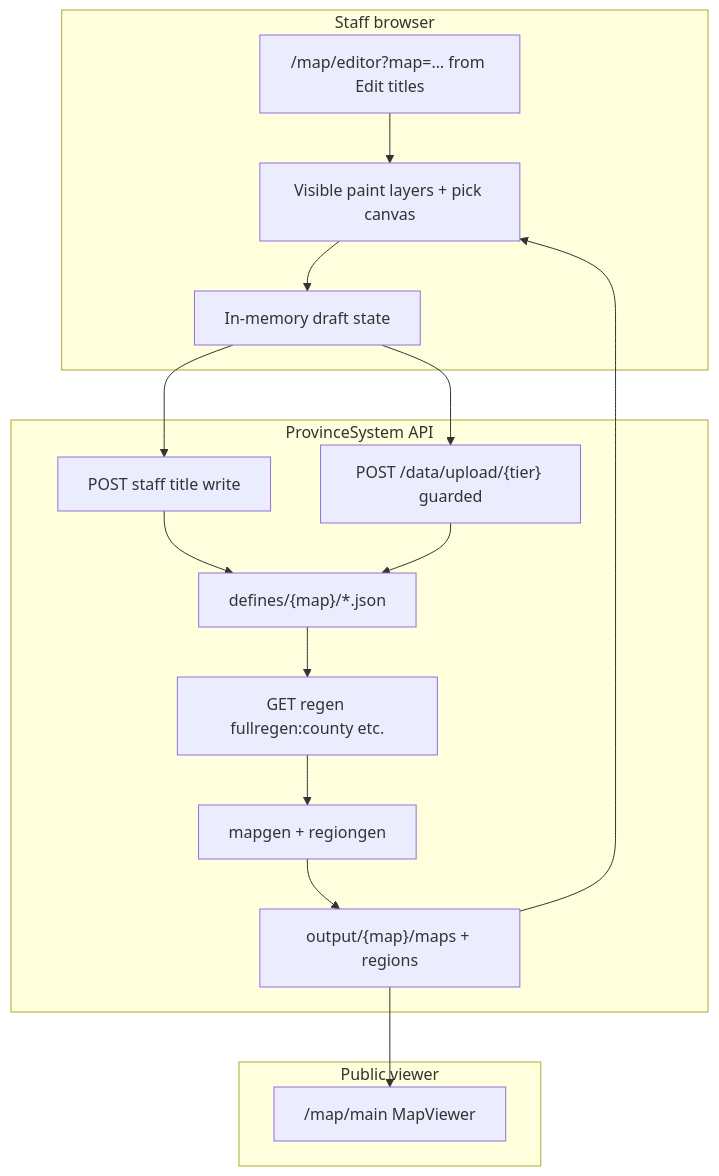
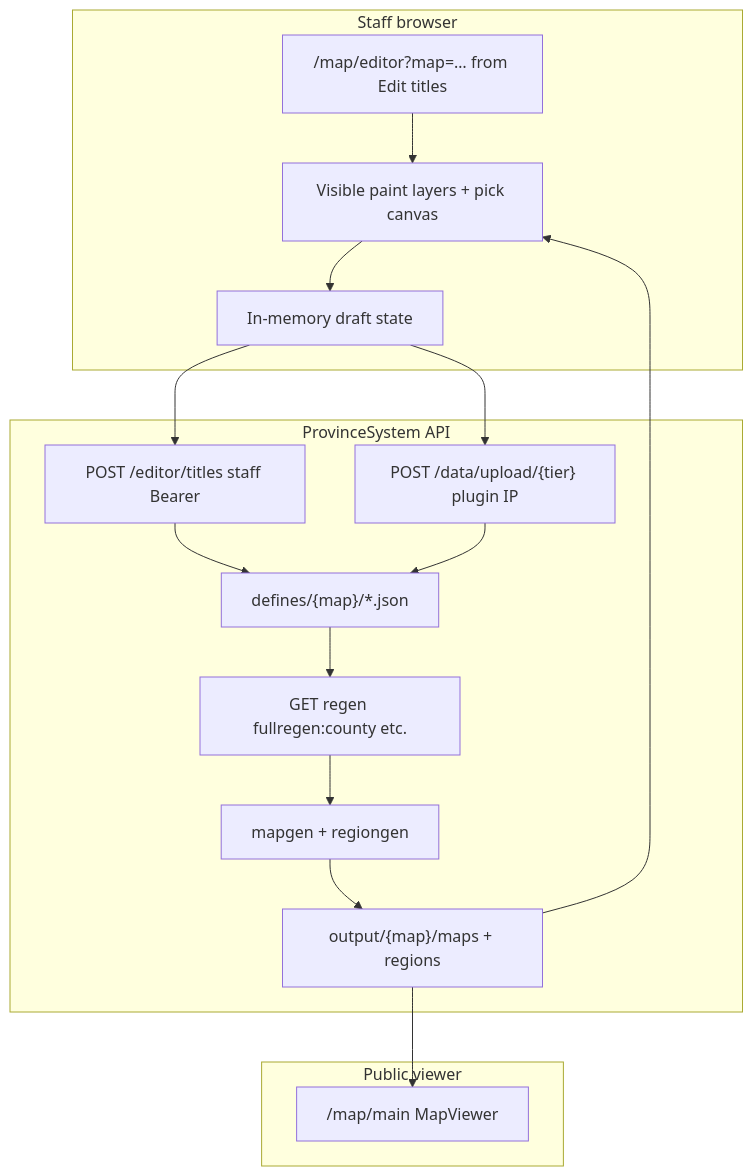
One commit to Drefvelin/ProvinceSystem changed the diagram in docs/map/title-editor.md. Above: the diagram before and after it, drawn with Mermaid. The commit also changed other lines of this file and 18 other files, not shown here.

````diff
--- a/docs/map/title-editor.md
+++ b/docs/map/title-editor.md
@@ -41,33 +41,33 @@
 ```mermaid
 flowchart TD
   subgraph staff [Staff browser]
     Editor["/map/editor?map=… from Edit titles"]
     Draft[In-memory draft state]
     Paint[Visible paint layers + pick canvas]
   end
 
   subgraph ps [ProvinceSystem API]
-    Write["POST staff title write"]
-    Upload["POST /data/upload/{tier} guarded"]
+    Write["POST /editor/titles staff Bearer"]
+    Upload["POST /data/upload/{tier} plugin IP"]
     Regen["GET regen fullregen:county etc."]
     Defines["defines/{map}/*.json"]
     Mapgen[mapgen + regiongen]
     Output["output/{map}/maps + regions"]
   end
 
   subgraph public [Public viewer]
     Viewer["/map/main MapViewer"]
   end
 
   Editor --> Paint
   Paint --> Draft
   Draft --> Write
   Write --> Defines
   Draft --> Upload
   Upload --> Defines
   Defines --> Regen
   Regen --> Mapgen
   Mapgen --> Output
   Output --> Viewer
   Output --> Paint
 ```
````
